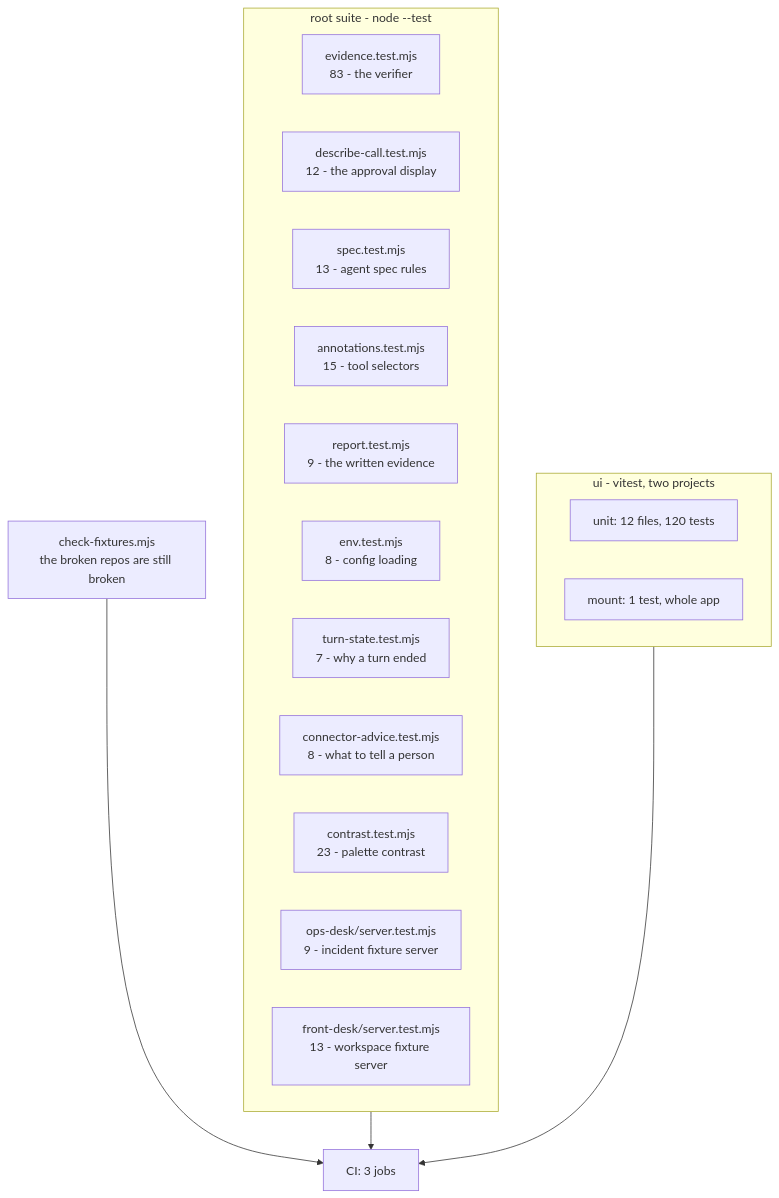
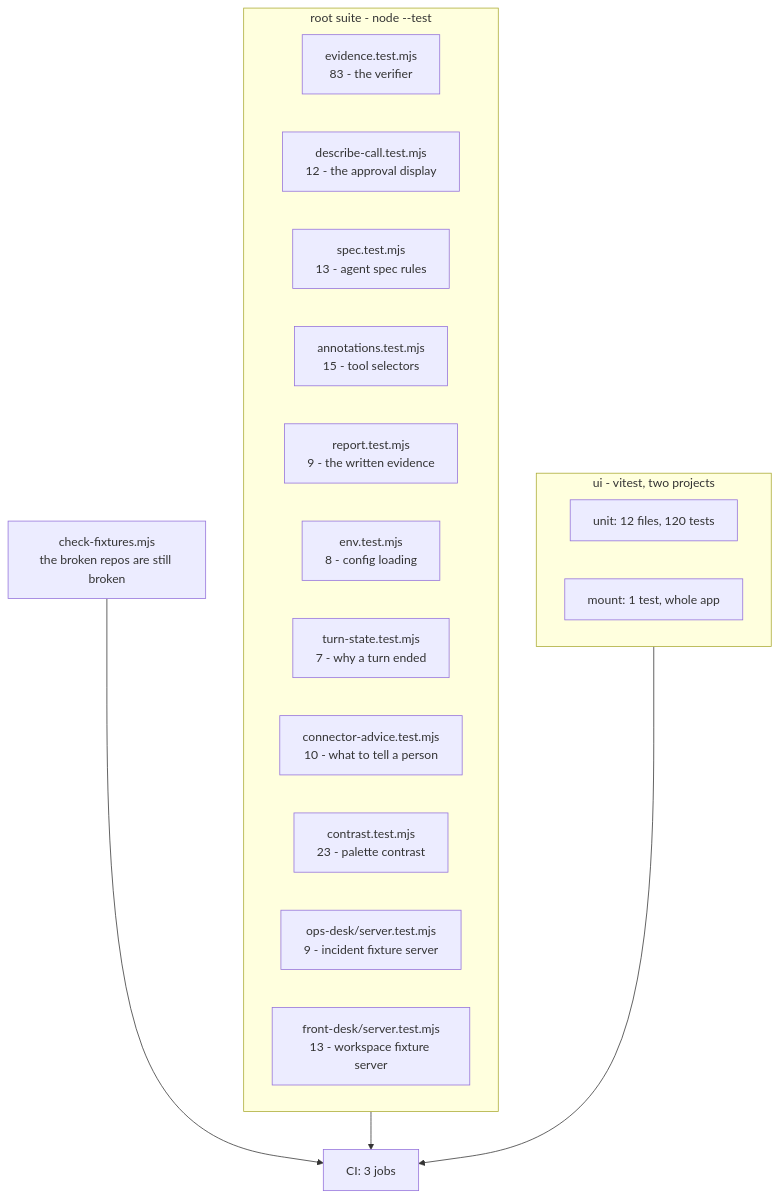
The diagram in TESTING.md (manumishra12/quartermaster), drawn with Mermaid before and after one commit. The commit also changed other lines of this file and 4 other files, not shown here.

````diff
--- a/TESTING.md
+++ b/TESTING.md
@@ -30,27 +30,27 @@
 ```mermaid
 flowchart TD
   subgraph root["root suite - node --test"]
     EV["evidence.test.mjs<br/>83 - the verifier"]
     DC["describe-call.test.mjs<br/>12 - the approval display"]
     SP["spec.test.mjs<br/>13 - agent spec rules"]
     AN["annotations.test.mjs<br/>15 - tool selectors"]
     RP["report.test.mjs<br/>9 - the written evidence"]
     EN["env.test.mjs<br/>8 - config loading"]
     TS["turn-state.test.mjs<br/>7 - why a turn ended"]
-    CA["connector-advice.test.mjs<br/>8 - what to tell a person"]
+    CA["connector-advice.test.mjs<br/>10 - what to tell a person"]
     CO["contrast.test.mjs<br/>23 - palette contrast"]
     OD["ops-desk/server.test.mjs<br/>9 - incident fixture server"]
     FD["front-desk/server.test.mjs<br/>13 - workspace fixture server"]
   end
 
   subgraph ui["ui - vitest, two projects"]
     U1["unit: 12 files, 120 tests"]
     U2["mount: 1 test, whole app"]
   end
 
   FX["check-fixtures.mjs<br/>the broken repos are still broken"]
 
   root --> CI["CI: 3 jobs"]
   ui --> CI
   FX --> CI
 ```
````
